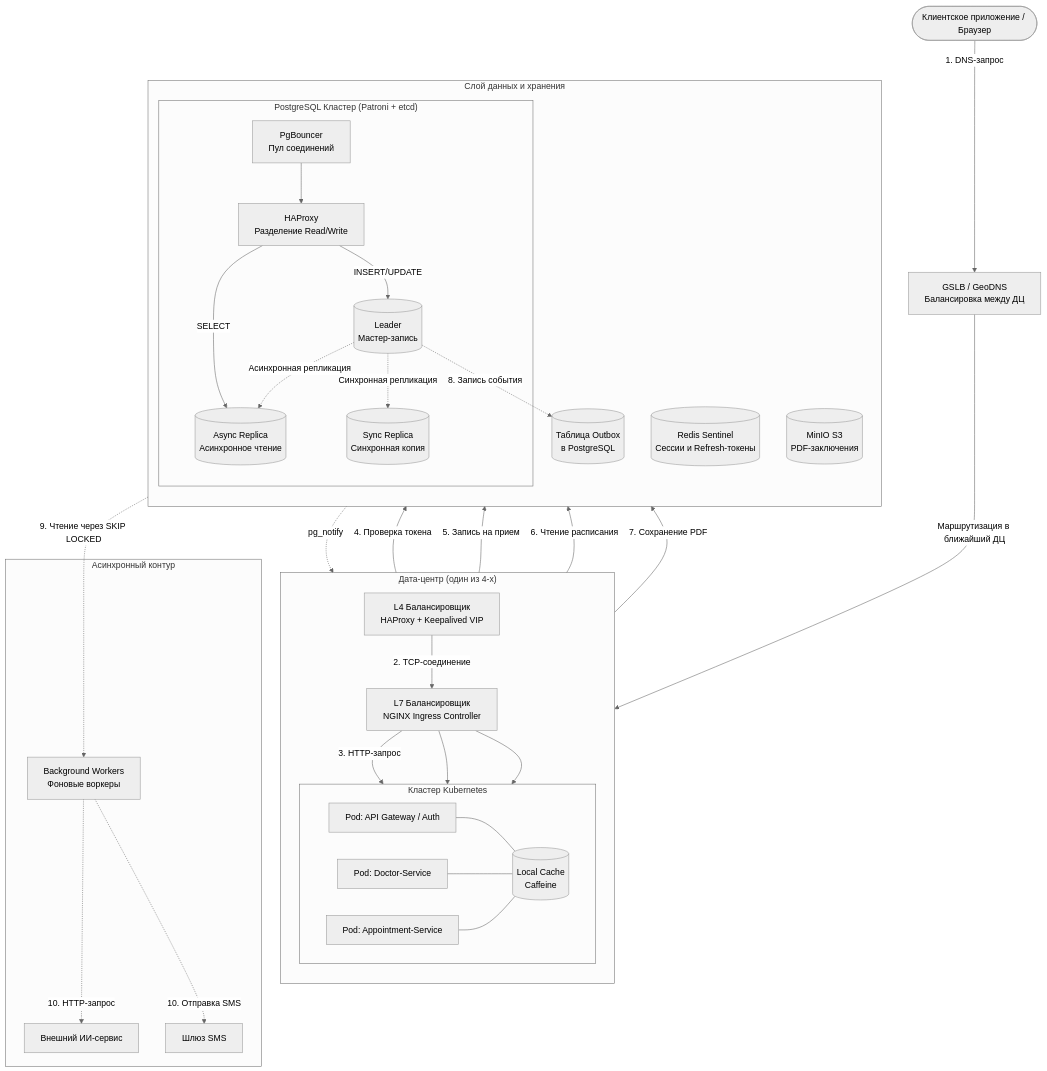
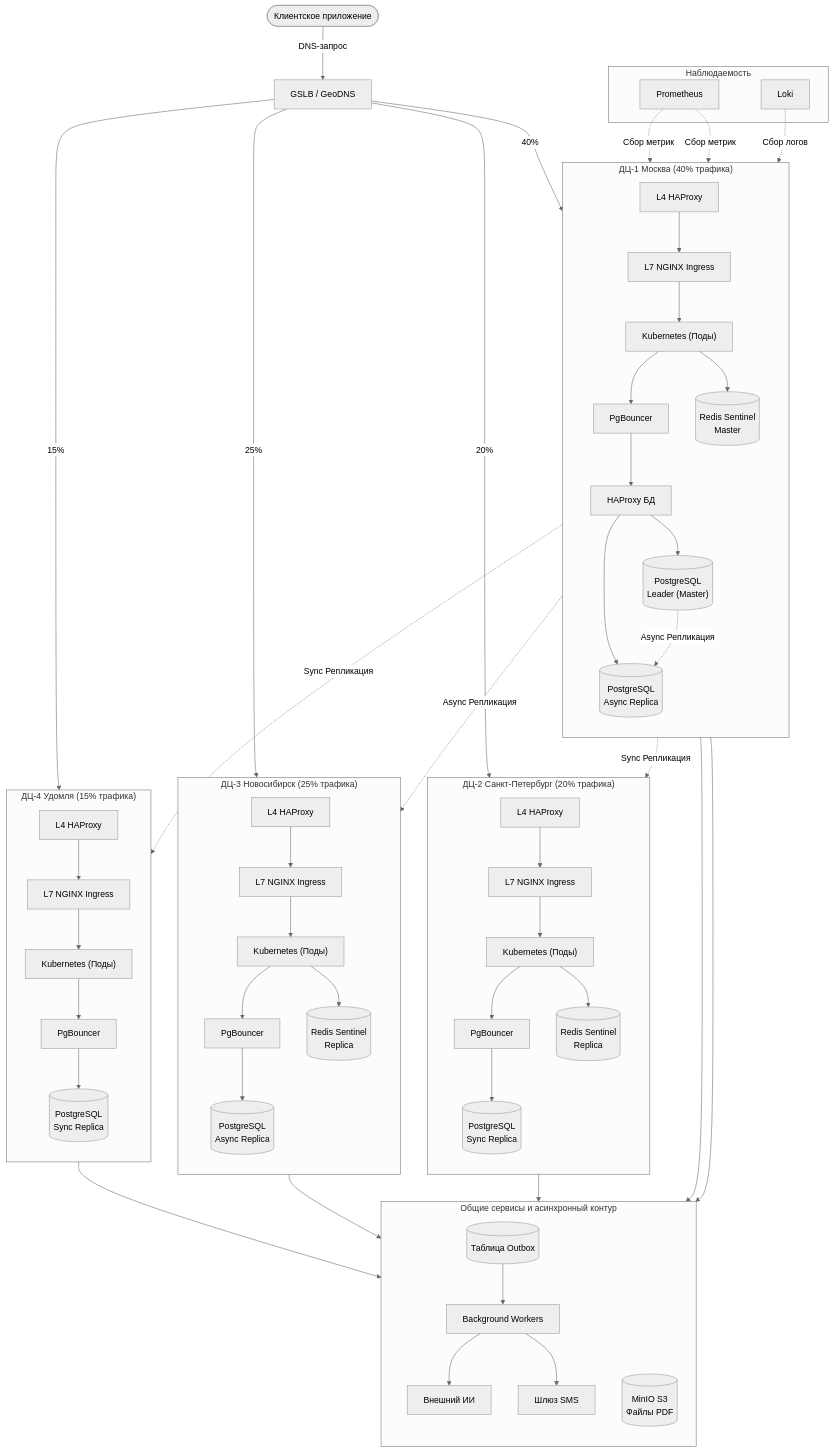
The third of 3 diagrams in README.md (jmark1518/highload_2026), drawn with Mermaid (neutral theme) before and after one commit.

````diff
--- a/README.md
+++ b/README.md
@@ -880,72 +880,82 @@
 ```mermaid
 flowchart TD
-    Client(["Клиентское приложение / Браузер"])
-    GSLB["GSLB / GeoDNS<br/>Балансировка между ДЦ"]
+    Client(["Клиентское приложение"])
+    GSLB["GSLB / GeoDNS"]
 
-    Client -->|1. DNS-запрос| GSLB
+    Client -->|DNS-запрос| GSLB
 
-    subgraph DC ["Дата-центр (один из 4-х)"]
+    subgraph DC_Msk ["ДЦ-1 Москва (40% трафика)"]
         direction TB
-        L4["L4 Балансировщик<br/>HAProxy + Keepalived VIP"]
-        L7["L7 Балансировщик<br/>NGINX Ingress Controller"]
-        
-        subgraph K8s ["Кластер Kubernetes"]
-            direction LR
-            App1["Pod: API Gateway / Auth"]
-            App2["Pod: Doctor-Service"]
-            App3["Pod: Appointment-Service"]
-            Cache[("Local Cache<br/>Caffeine")]
-            App1 --- Cache
-            App2 --- Cache
-            App3 --- Cache
-        end
-        
-        L4 -->|2. TCP-соединение| L7
-        L7 -->|3. HTTP-запрос| App1
-        L7 --> App2
-        L7 --> App3
+        L4_Msk["L4 HAProxy"] --> L7_Msk["L7 NGINX Ingress"]
+        L7_Msk --> K8s_Msk["Kubernetes (Поды)"]
+        K8s_Msk --> PgBouncer_Msk["PgBouncer"]
+        PgBouncer_Msk --> HAProxyDB_Msk["HAProxy БД"]
+        HAProxyDB_Msk --> Leader[("PostgreSQL<br/>Leader (Master)")]
+        HAProxyDB_Msk --> Async_Msk[("PostgreSQL<br/>Async Replica")]
+        K8s_Msk --> Redis_Msk[("Redis Sentinel<br/>Master")]
     end
 
-    GSLB -->|Маршрутизация в ближайший ДЦ| L4
-
-    subgraph DataLayer ["Слой данных и хранения"]
+    subgraph DC_Spb ["ДЦ-2 Санкт-Петербург (20% трафика)"]
         direction TB
-        Redis[("Redis Sentinel<br/>Сессии и Refresh-токены")]
-        
-        subgraph PG ["PostgreSQL Кластер (Patroni + etcd)"]
-            PgBouncer["PgBouncer<br/>Пул соединений"]
-            HAProxyDB["HAProxy<br/>Разделение Read/Write"]
-            
-            Leader[("Leader<br/>Мастер-запись")]
-            SyncRep[("Sync Replica<br/>Синхронная копия")]
-            AsyncRep[("Async Replica<br/>Асинхронное чтение")]
-            
-            PgBouncer --> HAProxyDB
-            HAProxyDB -->|INSERT/UPDATE| Leader
-            HAProxyDB -->|SELECT| AsyncRep
-            Leader -.->|Синхронная репликация| SyncRep
-            Leader -.->|Асинхронная репликация| AsyncRep
-        end
-        
-        Outbox[("Таблица Outbox<br/>в PostgreSQL")]
-        MinIO[("MinIO S3<br/>PDF-заключения")]
+        L4_Spb["L4 HAProxy"] --> L7_Spb["L7 NGINX Ingress"]
+        L7_Spb --> K8s_Spb["Kubernetes (Поды)"]
+        K8s_Spb --> PgBouncer_Spb["PgBouncer"]
+        PgBouncer_Spb --> Sync_Spb[("PostgreSQL<br/>Sync Replica")]
+        K8s_Spb --> Redis_Spb[("Redis Sentinel<br/>Replica")]
     end
 
-    App1 -->|4. Проверка токена| Redis
-    App3 -->|5. Запись на прием| PgBouncer
-    App2 -->|6. Чтение расписания| PgBouncer
-    App3 -->|7. Сохранение PDF| MinIO
-    
-    subgraph Async ["Асинхронный контур"]
-        Worker["Background Workers<br/>Фоновые воркеры"]
-        AIService["Внешний ИИ-сервис"]
-        SMSService["Шлюз SMS"]
+    subgraph DC_Nsk ["ДЦ-3 Новосибирск (25% трафика)"]
+        direction TB
+        L4_Nsk["L4 HAProxy"] --> L7_Nsk["L7 NGINX Ingress"]
+        L7_Nsk --> K8s_Nsk["Kubernetes (Поды)"]
+        K8s_Nsk --> PgBouncer_Nsk["PgBouncer"]
+        PgBouncer_Nsk --> Async_Nsk[("PostgreSQL<br/>Async Replica")]
+        K8s_Nsk --> Redis_Nsk[("Redis Sentinel<br/>Replica")]
     end
-    
-    Leader -.->|8. Запись события| Outbox
-    Outbox -.->|9. Чтение через SKIP LOCKED| Worker
-    Worker -.->|10. HTTP-запрос| AIService
-    Worker -.->|10. Отправка SMS| SMSService
-    
-    Leader -.->|pg_notify| Cache
+
+    subgraph DC_Udm ["ДЦ-4 Удомля (15% трафика)"]
+        direction TB
+        L4_Udm["L4 HAProxy"] --> L7_Udm["L7 NGINX Ingress"]
+        L7_Udm --> K8s_Udm["Kubernetes (Поды)"]
+        K8s_Udm --> PgBouncer_Udm["PgBouncer"]
+        PgBouncer_Udm --> Sync_Udm[("PostgreSQL<br/>Sync Replica")]
+    end
+
+    GSLB -->|40%| L4_Msk
+    GSLB -->|20%| L4_Spb
+    GSLB -->|25%| L4_Nsk
+    GSLB -->|15%| L4_Udm
+
+    Leader -.->|Sync Репликация| Sync_Spb
+    Leader -.->|Sync Репликация| Sync_Udm
+    Leader -.->|Async Репликация| Async_Nsk
+    Leader -.->|Async Репликация| Async_Msk
+
+    subgraph Shared ["Общие сервисы и асинхронный контур"]
+        direction TB
+        Outbox[("Таблица Outbox")]
+        MinIO[("MinIO S3<br/>Файлы PDF")]
+        Worker["Background Workers"]
+        ExtAI["Внешний ИИ"]
+        ExtSMS["Шлюз SMS"]
+        
+        Outbox --> Worker
+        Worker --> ExtAI
+        Worker --> ExtSMS
+    end
+
+    Leader --> Outbox
+    K8s_Msk --> MinIO
+    K8s_Spb --> MinIO
+    K8s_Nsk --> MinIO
+    K8s_Udm --> MinIO
+
+    subgraph Ops ["Наблюдаемость"]
+        Prometheus["Prometheus"]
+        Loki["Loki"]
+    end
+
+    Prometheus -.->|Сбор метрик| L7_Msk
+    Prometheus -.->|Сбор метрик| Leader
+    Loki -.->|Сбор логов| K8s_Msk
 ```
````
